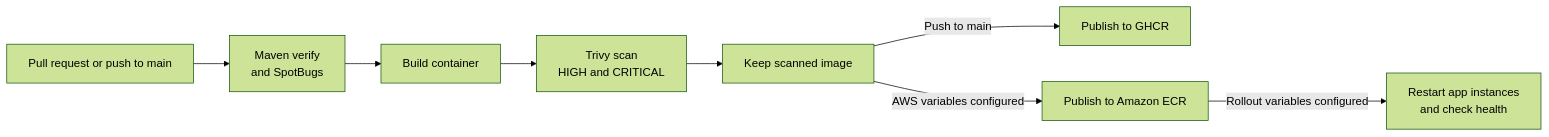
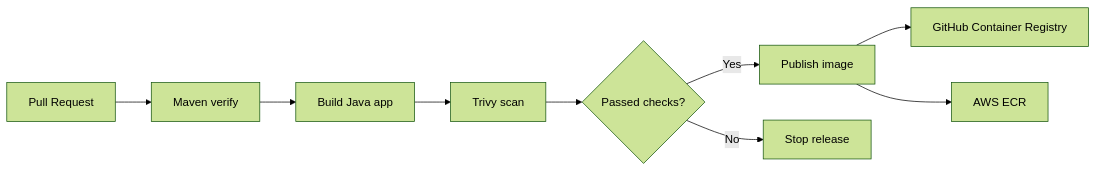
The fourth of 4 diagrams in README.md (MasadiPradeepRao/java-aws-three-tier-platform), drawn with Mermaid (forest theme) before and after one commit. The commit also changed other lines of this file, not shown here.

Commit message:
Refresh project README with a clearer architecture explanation and visual diagrams for GitHub viewers.

````diff
--- a/README.md
+++ b/README.md
@@ -44,10 +161,11 @@
 ```mermaid
 flowchart LR
-    Change[Pull request or push to main] --> Verify[Maven verify<br/>and SpotBugs]
-    Verify --> Build[Build container]
-    Build --> Scan[Trivy scan<br/>HIGH and CRITICAL]
-    Scan --> Image[Keep scanned image]
-    Image -->|Push to main| GHCR[Publish to GHCR]
-    Image -->|AWS variables configured| ECR[Publish to Amazon ECR]
-    ECR -->|Rollout variables configured| SSM[Restart app instances<br/>and check health]
+    PR[Pull Request] --> VERIFY[Maven verify]
+    VERIFY --> BUILD[Build Java app]
+    BUILD --> SCAN[Trivy scan]
+    SCAN --> PASS{Passed checks?}
+    PASS -- Yes --> PUBLISH[Publish image]
+    PASS -- No --> BLOCK[Stop release]
+    PUBLISH --> GHCR[GitHub Container Registry]
+    PUBLISH --> ECR[AWS ECR]
 ```
````
